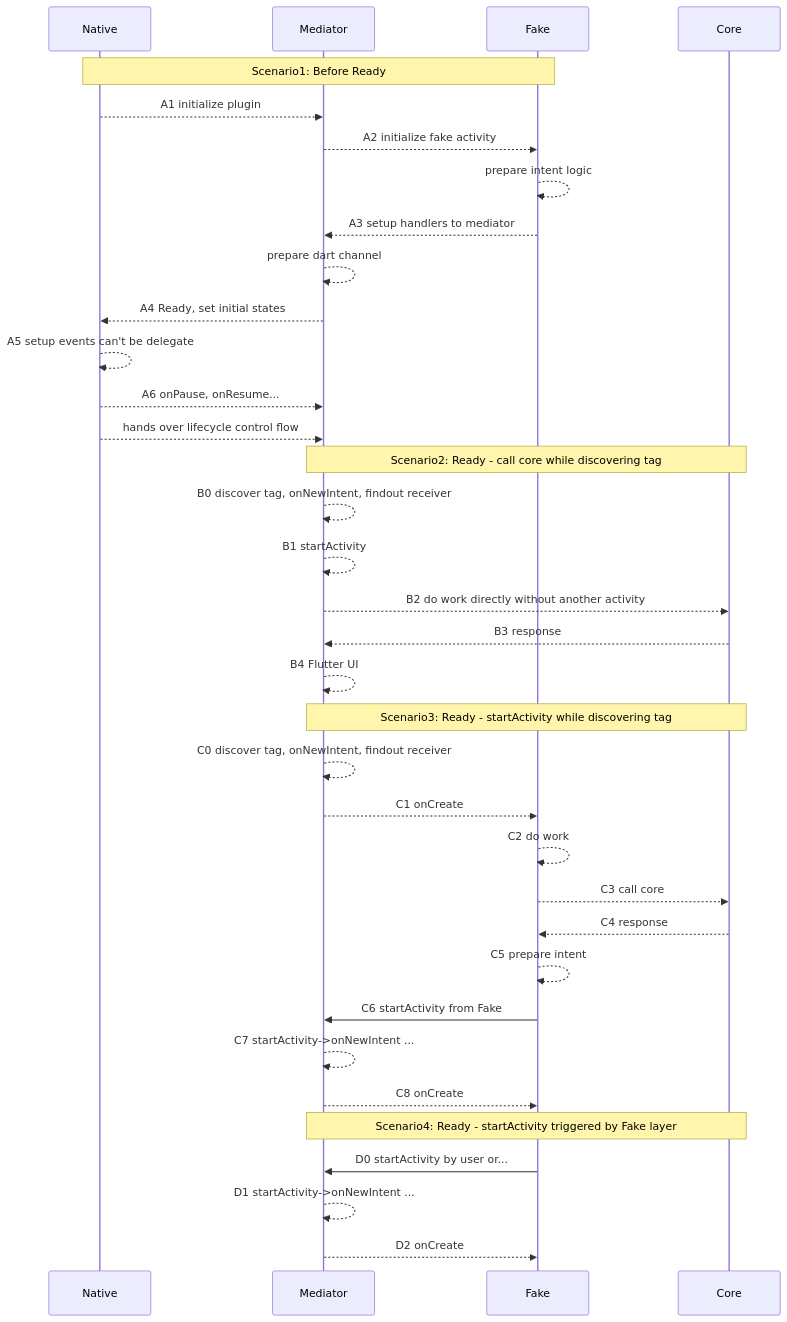
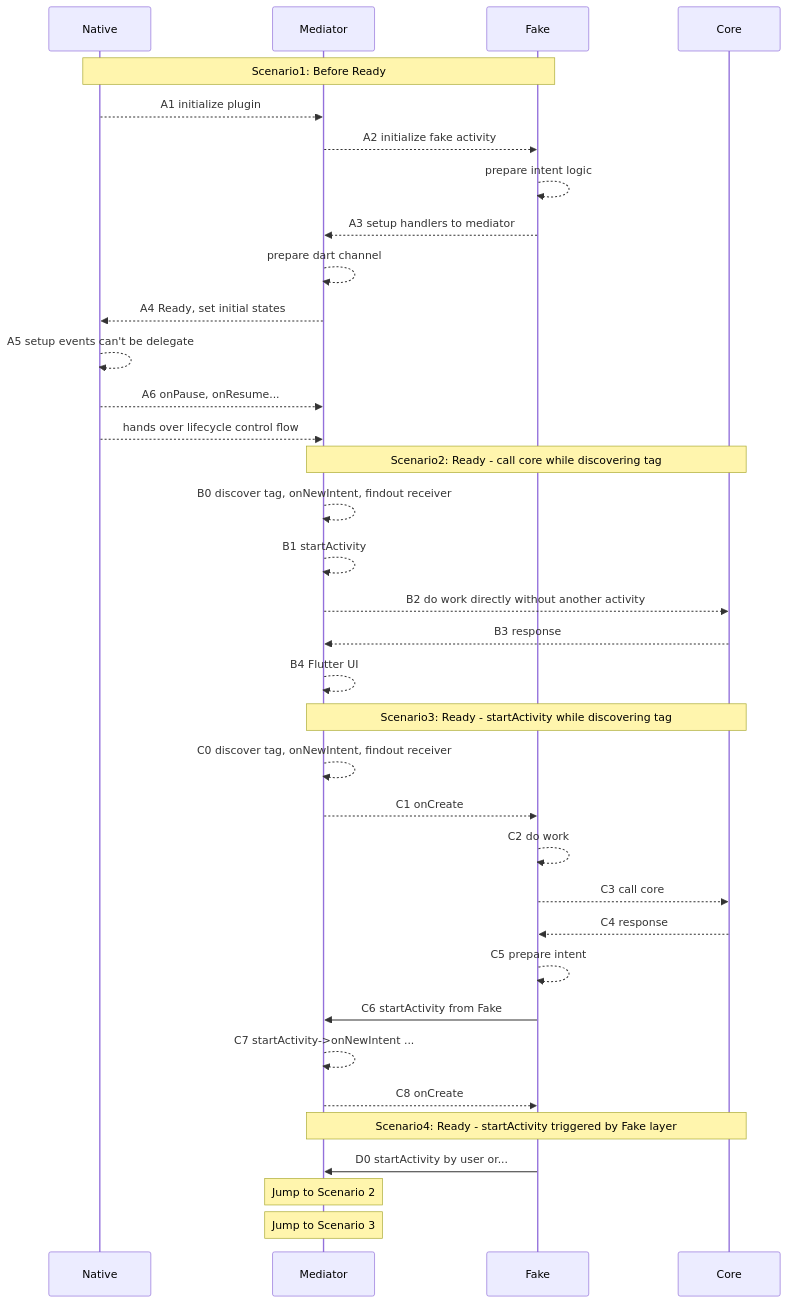
One commit to gordianknotC/nxp_note changed the second of 2 diagrams in flutter/addActivityResultListener.md. Above: the diagram before and after it, drawn with Mermaid. The commit also changed other lines of this file, not shown here.

Commit message:
flutter/addActivityResultListener.md updated from https://stackedit.io/

````diff
--- a/flutter/addActivityResultListener.md
+++ b/flutter/addActivityResultListener.md
@@ -55,50 +55,50 @@
 ```mermaid
 sequenceDiagram
 participant Native
 participant Mediator
 participant Fake
 participant Core
 
 
 Note over Native, Fake: Scenario1: Before Ready
 
 Native -->> Mediator: A1 initialize plugin
 Mediator -->> Fake: A2 initialize fake activity
 Fake -->> Fake: prepare intent logic
 Fake -->> Mediator: A3 setup handlers to mediator
 Mediator -->> Mediator: prepare dart channel
 Mediator -->> Native: A4 Ready, set initial states
 Native -->> Native: A5 setup events can't be delegate
 Native -->> Mediator: A6 onPause, onResume...
 Native -->> Mediator: hands over lifecycle control flow
 
 
 Note over Mediator, Core: Scenario2: Ready - call core while discovering tag 
 
 Mediator-->> Mediator: B0 discover tag, onNewIntent, findout receiver
 Mediator-->>Mediator: B1 startActivity
 Mediator-->>Core: B2 do work directly without another activity
 Core-->>Mediator: B3 response
 Mediator-->>Mediator: B4 Flutter UI
 
 
 Note over Mediator, Core: Scenario3: Ready - startActivity while discovering tag
 
 Mediator-->> Mediator: C0 discover tag, onNewIntent, findout receiver
 Mediator-->>Fake: C1 onCreate
 Fake-->>Fake: C2 do work
 Fake-->>Core:C3 call core
 Core-->>Fake:C4 response
 Fake-->>Fake:C5 prepare intent
 Fake->>Mediator: C6 startActivity from Fake
 Mediator-->>Mediator: C7 startActivity->onNewIntent ...
 Mediator-->>Fake: C8 onCreate
 
 Note over Mediator, Core: Scenario4: Ready - startActivity triggered by Fake layer
 
 Fake->>Mediator: D0 startActivity by user or...
-Mediator-->>Mediator: D1 startActivity->onNewIntent ...
-Mediator-->>Fake: D2 onCreate
- 
+
+Note over Mediator: Jump to Scenario 2
+Note over Mediator: Jump to Scenario 3
 
 ```
````
